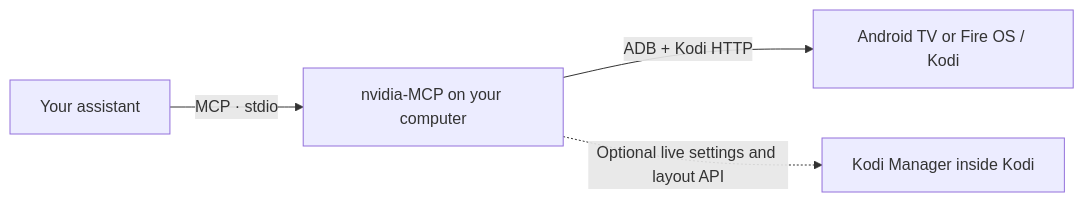
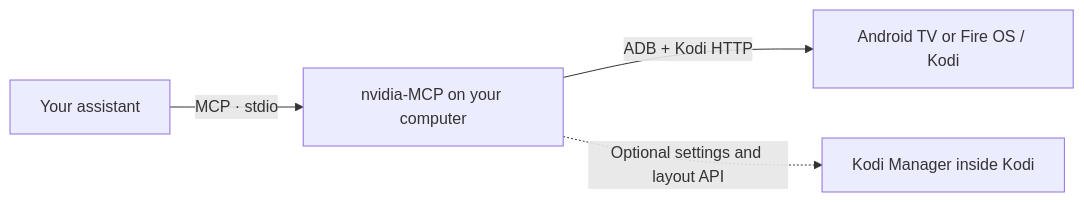
Before and after one commit to glasgowm148/nvidia-MCP: the diagram in README.md, drawn with Mermaid. The commit also changed other lines of this file and 10 other files, not shown here.

````diff
--- a/README.md
+++ b/README.md
@@ -95,6 +59,6 @@
 ```mermaid
 flowchart LR
     A[Your assistant] -->|MCP · stdio| B[nvidia-MCP on your computer]
     B -->|ADB + Kodi HTTP| C[Android TV or Fire OS / Kodi]
-    B -.->|Optional live settings and layout API| D[Kodi Manager inside Kodi]
+    B -.->|Optional settings and layout API| D[Kodi Manager inside Kodi]
 ```
````
